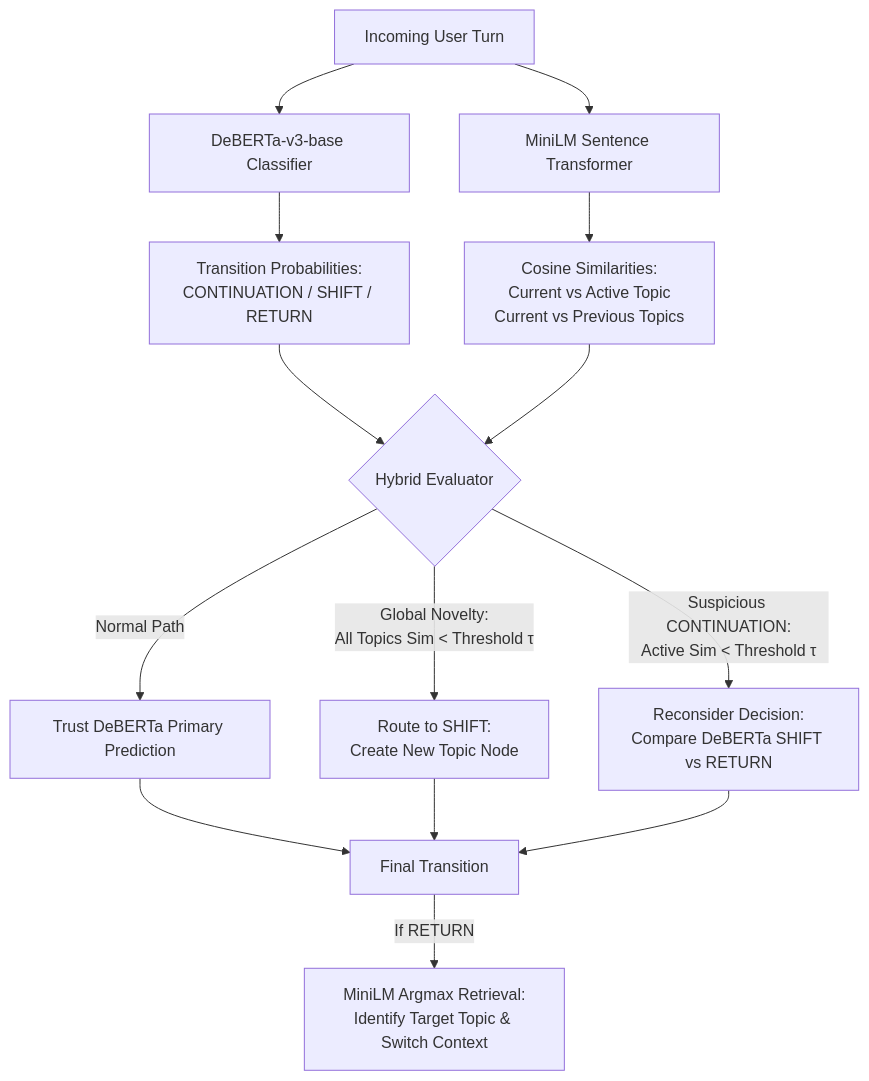
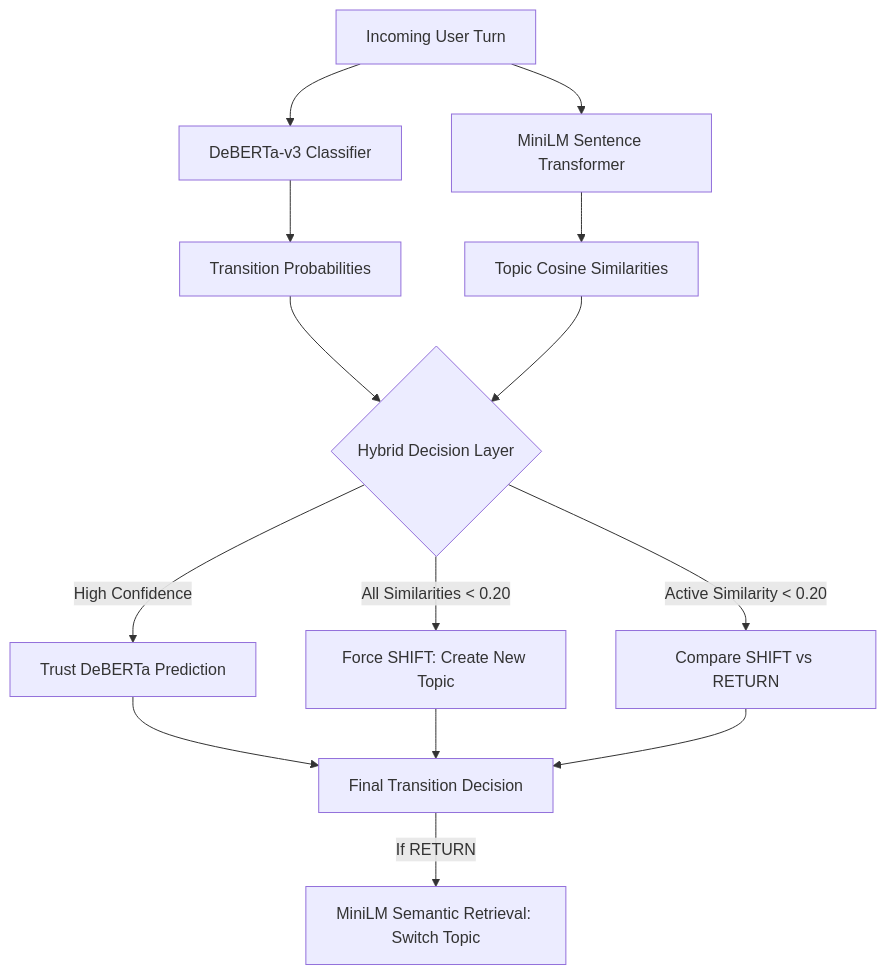
One commit to Mayank149/ContextFlow changed the diagram in README.md. Above: the diagram before and after it, drawn with Mermaid.

Commit message:
fix: resolve GitHub Mermaid rendering syntax error

````diff
--- a/README.md
+++ b/README.md
@@ -61,21 +61,21 @@
 ```mermaid
 flowchart TD
-    Turn[Incoming User Turn] --> Deb[DeBERTa-v3-base Classifier]
-    Turn --> Emb[MiniLM Sentence Transformer]
+    Turn["Incoming User Turn"] --> Deb["DeBERTa-v3 Classifier"]
+    Turn --> Emb["MiniLM Sentence Transformer"]
     
-    Deb --> Probs[Transition Probabilities:\nCONTINUATION / SHIFT / RETURN]
-    Emb --> Sims[Cosine Similarities:\nCurrent vs Active Topic\nCurrent vs Previous Topics]
+    Deb --> Probs["Transition Probabilities"]
+    Emb --> Sims["Topic Cosine Similarities"]
     
-    Probs --> Hybrid{Hybrid Evaluator}
+    Probs --> Hybrid{"Hybrid Decision Layer"}
     Sims --> Hybrid
     
-    Hybrid -->|Normal Path| Primary[Trust DeBERTa Primary Prediction]
-    Hybrid -->|Global Novelty:\nAll Topics Sim < Threshold τ| ShiftRoute[Route to SHIFT:\nCreate New Topic Node]
-    Hybrid -->|Suspicious CONTINUATION:\nActive Sim < Threshold τ| Reconsider[Reconsider Decision:\nCompare DeBERTa SHIFT vs RETURN]
+    Hybrid -->|"High Confidence"| Primary["Trust DeBERTa Prediction"]
+    Hybrid -->|"All Similarities < 0.20"| ShiftRoute["Force SHIFT: Create New Topic"]
+    Hybrid -->|"Active Similarity < 0.20"| Reconsider["Compare SHIFT vs RETURN"]
     
-    Primary --> Res[Final Transition]
+    Primary --> Res["Final Transition Decision"]
     ShiftRoute --> Res
     Reconsider --> Res
     
-    Res -->|If RETURN| Ret[MiniLM Argmax Retrieval:\nIdentify Target Topic & Switch Context]
+    Res -->|"If RETURN"| Ret["MiniLM Semantic Retrieval: Switch Topic"]
 ```
````
